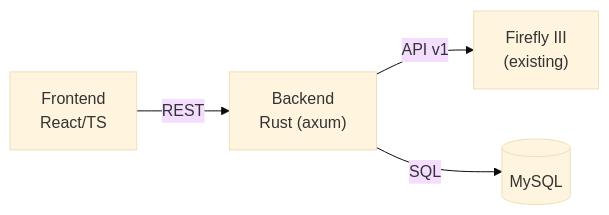
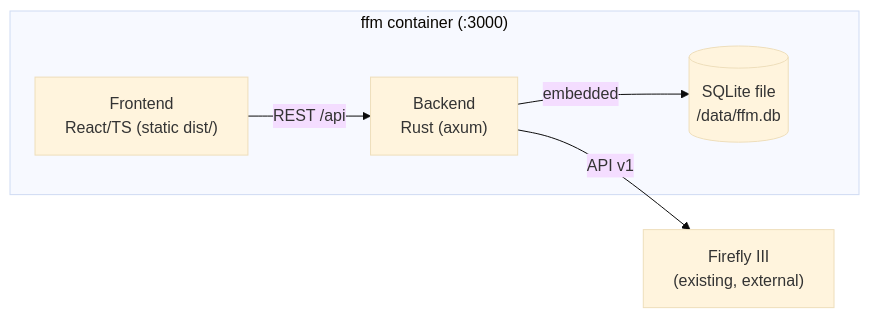
One commit to eldelahoz/firefly-manager-movement changed the first of 2 diagrams in docs/specs/2026-08-14-trd-architecture-technique.md. Above: the diagram before and after it, drawn with Mermaid (base theme). The commit also changed other lines of this file and 4 other files, not shown here.

````diff
--- a/docs/specs/2026-08-14-trd-architecture-technique.md
+++ b/docs/specs/2026-08-14-trd-architecture-technique.md
@@ -18,6 +18,8 @@
 ```mermaid
 flowchart LR
-    FE["Frontend<br/>React/TS"] -->|REST| BE["Backend<br/>Rust (axum)"]
-    BE -->|API v1| FF3["Firefly III<br/>(existing)"]
-    BE -->|SQL| DB[("MySQL")]
+    subgraph APP["ffm container (:3000)"]
+        FE["Frontend<br/>React/TS (static dist/)"] -->|REST /api| BE["Backend<br/>Rust (axum)"]
+        BE -->|embedded| DB[("SQLite file<br/>/data/ffm.db")]
+    end
+    BE -->|API v1| FF3["Firefly III<br/>(existing, external)"]
 ```
````
